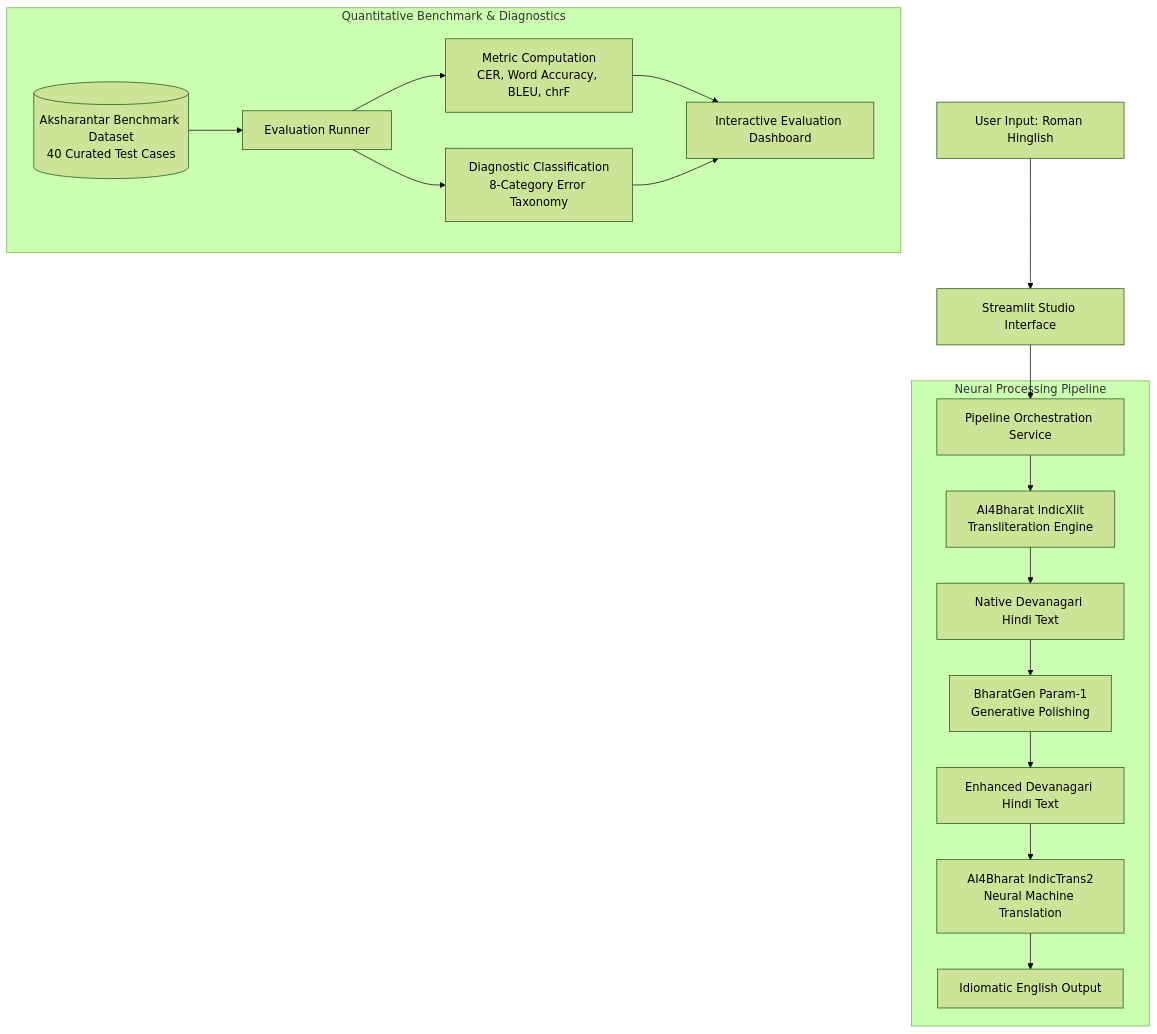
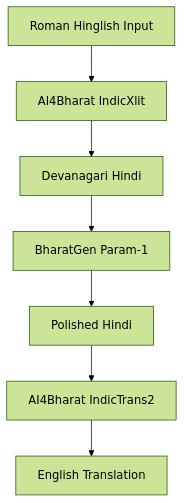
The diagram in README.md (likith-sg/WLLM-CIE3-Lab), drawn with Mermaid (forest theme) before and after one commit. The commit also changed other lines of this file, not shown here.

Commit message:
docs: formalize README to match academic reference style, remove images, and fix diagram layout

````diff
--- a/README.md
+++ b/README.md
@@ -41,22 +81,9 @@
 ```mermaid
 flowchart TD
-    A["User Input: Roman Hinglish"] --> B["Streamlit Studio Interface"]
-    B --> C["Pipeline Orchestration Service"]
-
-    subgraph Core_Pipeline ["Neural Processing Pipeline"]
-        C --> D["AI4Bharat IndicXlit<br/>Transliteration Engine"]
-        D --> E["Native Devanagari Hindi Text"]
-        E --> F["BharatGen Param-1<br/>Generative Polishing"]
-        F --> G["Enhanced Devanagari Hindi Text"]
-        G --> H["AI4Bharat IndicTrans2<br/>Neural Machine Translation"]
-        H --> I["Idiomatic English Output"]
-    end
-
-    subgraph Evaluation_Harness ["Quantitative Benchmark & Diagnostics"]
-        J[("Aksharantar Benchmark Dataset<br/>40 Curated Test Cases")] --> K["Evaluation Runner"]
-        K --> L["Metric Computation<br/>CER, Word Accuracy, BLEU, chrF"]
-        K --> M["Diagnostic Classification<br/>8-Category Error Taxonomy"]
-        L --> N["Interactive Evaluation Dashboard"]
-        M --> N
-    end
+    A[Roman Hinglish Input] --> B[AI4Bharat IndicXlit]
+    B --> C[Devanagari Hindi]
+    C --> D[BharatGen Param-1]
+    D --> E[Polished Hindi]
+    E --> F[AI4Bharat IndicTrans2]
+    F --> G[English Translation]
 ```
````
